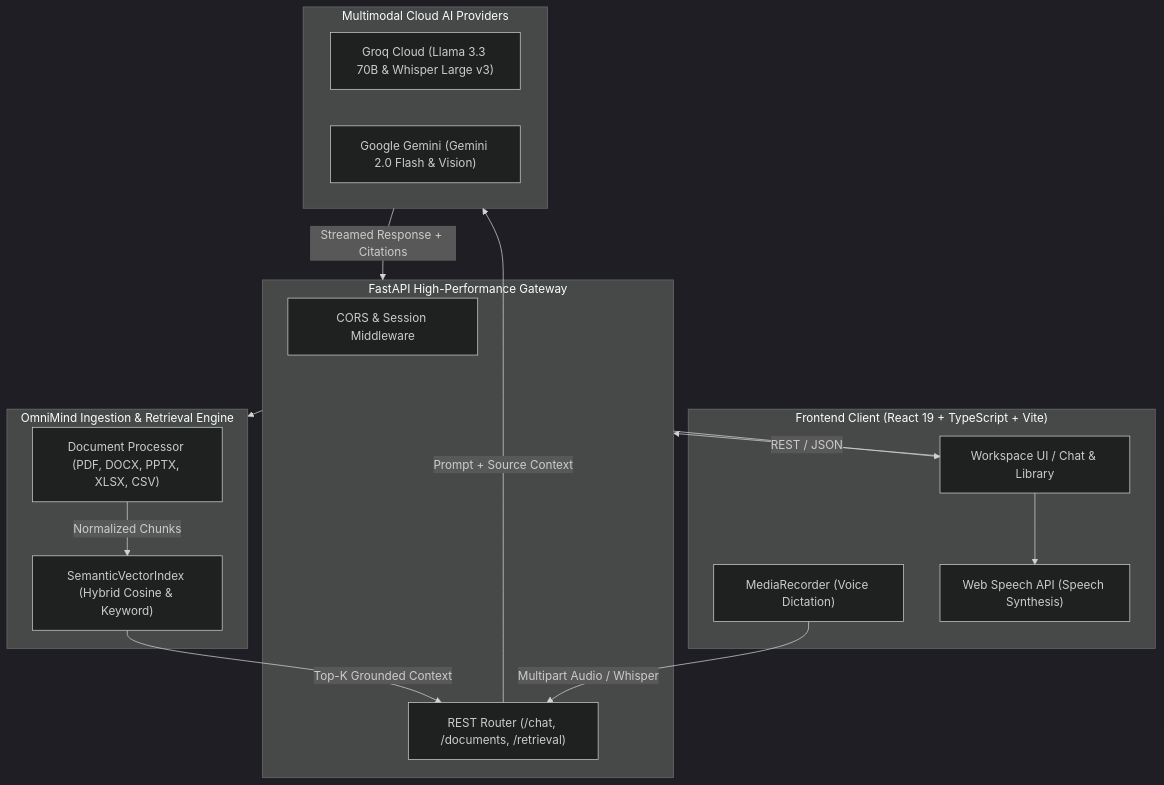
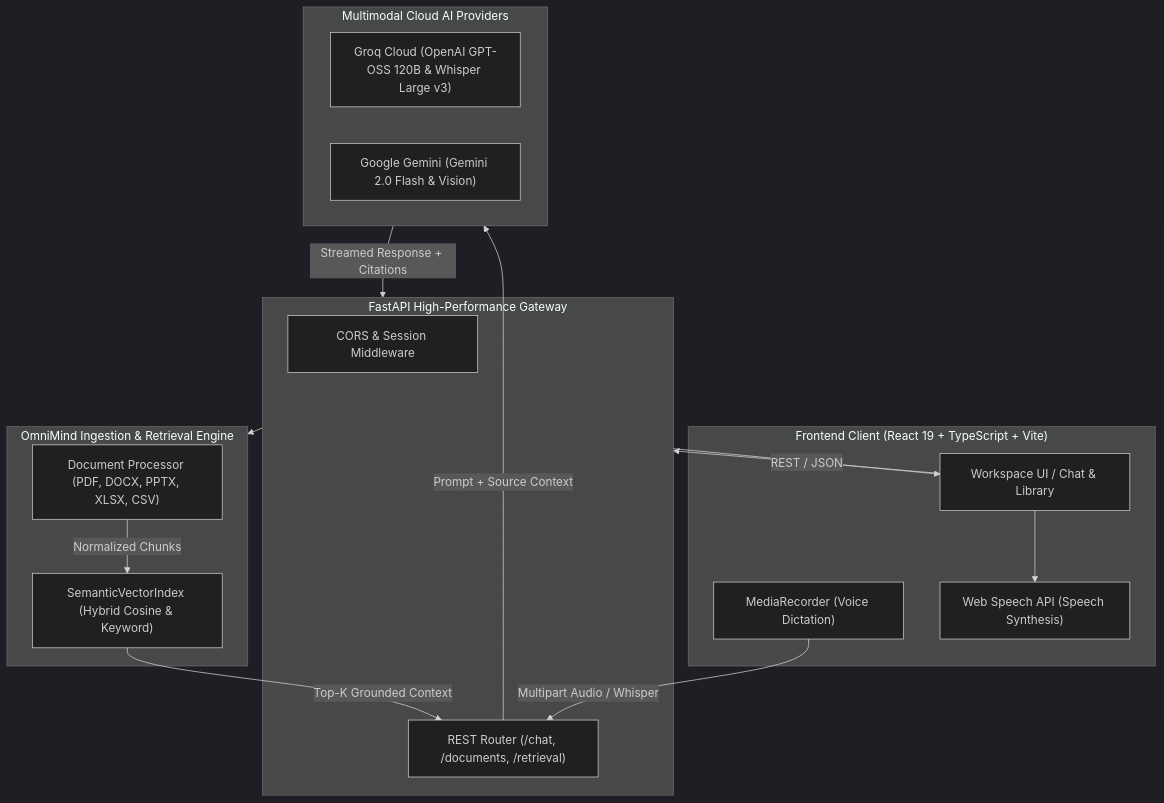
Before and after one commit to UMARMUKTHAR03/rag-ai-chatbot: the diagram in README.md, drawn with Mermaid (dark theme). The commit also changed other lines of this file and 4 other files, not shown here.

````diff
--- a/README.md
+++ b/README.md
@@ -46,33 +46,33 @@
 ```mermaid
 flowchart TD
     subgraph Client ["Frontend Client (React 19 + TypeScript + Vite)"]
         UI["Workspace UI / Chat & Library"]
         AudioRec["MediaRecorder (Voice Dictation)"]
         TTS["Web Speech API (Speech Synthesis)"]
     end
 
     subgraph Gateway ["FastAPI High-Performance Gateway"]
         CORS["CORS & Session Middleware"]
         Router["REST Router (/chat, /documents, /retrieval)"]
     end
 
     subgraph Engine ["OmniMind Ingestion & Retrieval Engine"]
         DocProc["Document Processor (PDF, DOCX, PPTX, XLSX, CSV)"]
         VectorDB["SemanticVectorIndex (Hybrid Cosine & Keyword)"]
     end
 
     subgraph Providers ["Multimodal Cloud AI Providers"]
-        Groq["Groq Cloud (Llama 3.3 70B & Whisper Large v3)"]
+        Groq["Groq Cloud (OpenAI GPT-OSS 120B & Whisper Large v3)"]
         Gemini["Google Gemini (Gemini 2.0 Flash & Vision)"]
     end
 
     UI -->|REST / JSON| Gateway
     AudioRec -->|Multipart Audio / Whisper| Router
     Gateway --> Engine
     DocProc -->|Normalized Chunks| VectorDB
     VectorDB -->|Top-K Grounded Context| Router
     Router -->|Prompt + Source Context| Providers
     Providers -->|Streamed Response + Citations| Gateway
     Gateway --> UI
     UI --> TTS
 ```
````
